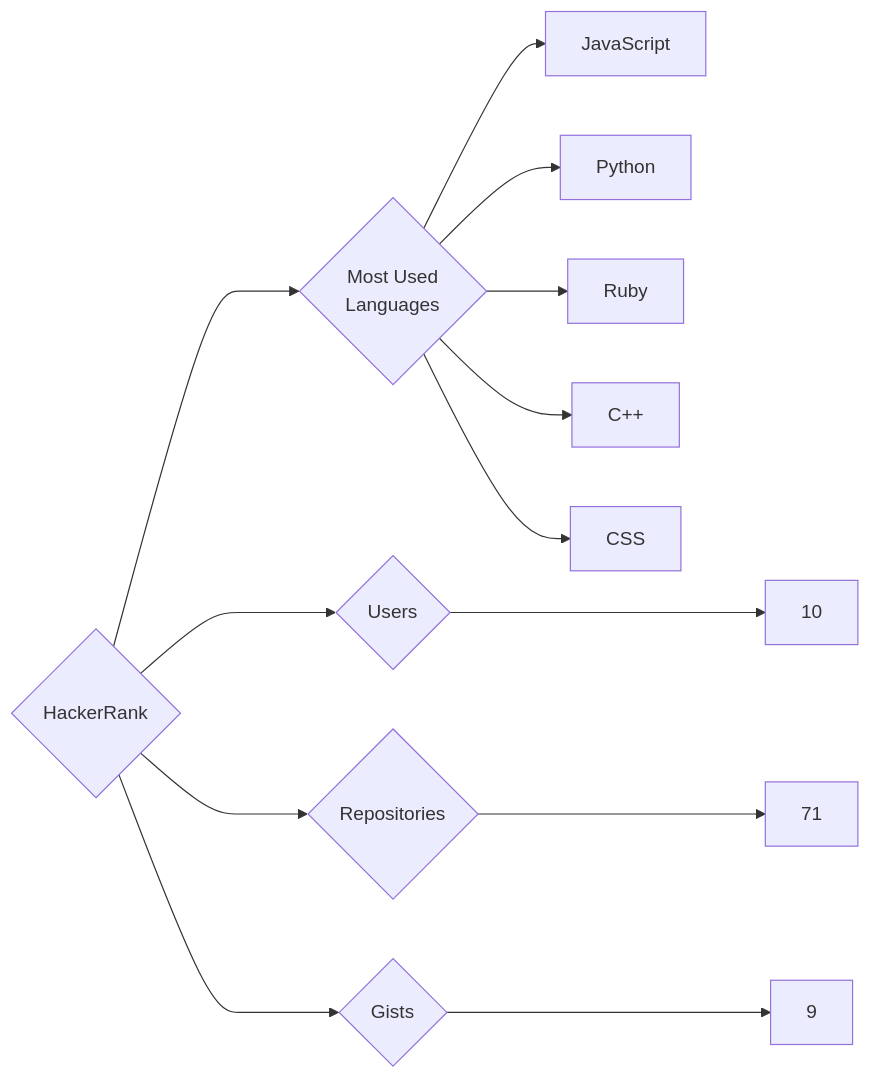
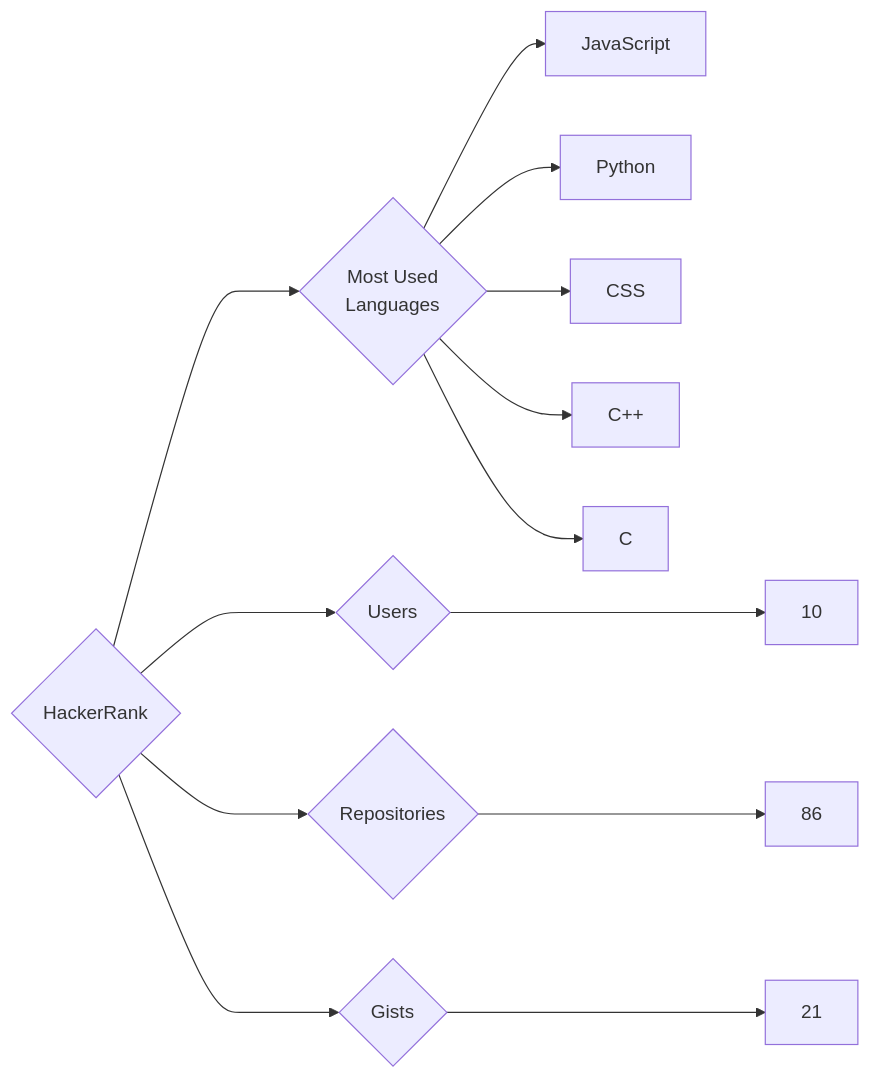
Before and after one commit to trickest/insiders: the diagram in targets/HackerRank/README.md, drawn with Mermaid. The commit also changed 964 other files, not shown here.

````diff
--- a/targets/HackerRank/README.md
+++ b/targets/HackerRank/README.md
@@ -3,13 +3,13 @@
 ```mermaid
 graph LR
 COMPANY_NAME{HackerRank}
 COMPANY_NAME ---> U{Users} ---> UN[10]
-COMPANY_NAME ---> R{Repositories} ---> RN[71]
-COMPANY_NAME ---> G{Gists} ---> GN[9]
+COMPANY_NAME ---> R{Repositories} ---> RN[86]
+COMPANY_NAME ---> G{Gists} ---> GN[21]
 COMPANY_NAME ---> ML{Most Used<br>Languages}
 ML --> JavaScript[JavaScript]
 ML --> Python[Python]
-ML --> Ruby[Ruby]
+ML --> CSS[CSS]
 ML --> C++[C++]
-ML --> CSS[CSS]
+ML --> C[C]
 ```
````
